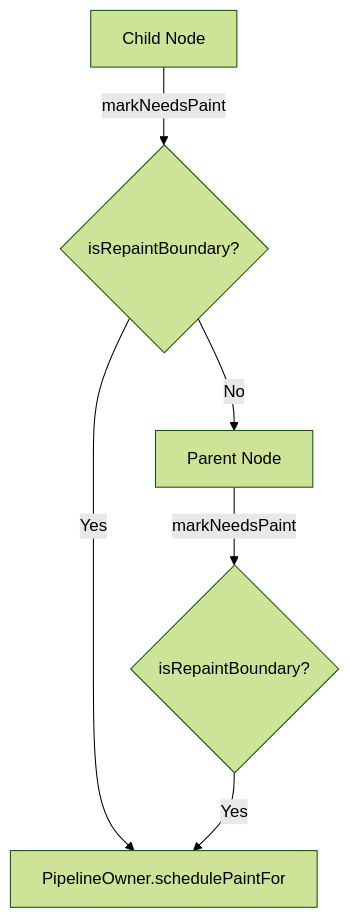
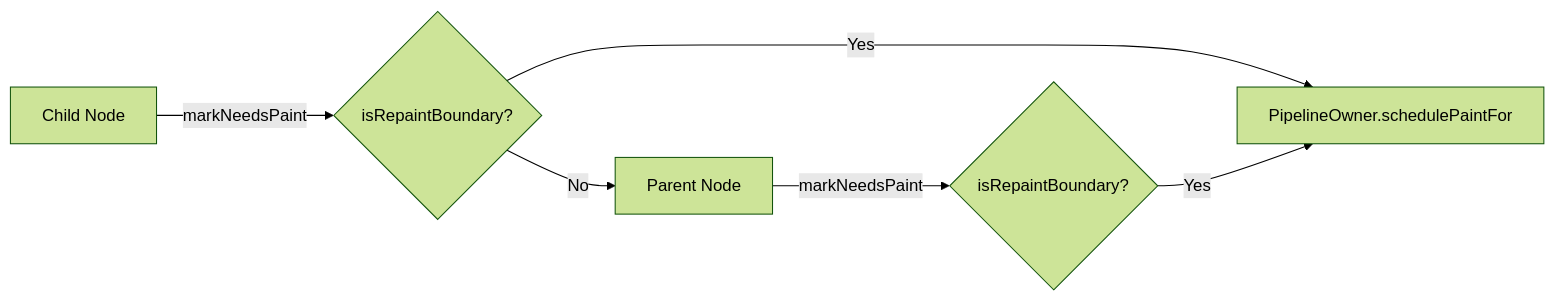
Before and after one commit to edeink/inkwell: the diagram in docs/core/update-mechanism.md, drawn with Mermaid (forest theme). The commit also changed 27 other files, not shown here.

````diff
--- a/docs/core/update-mechanism.md
+++ b/docs/core/update-mechanism.md
@@ -92,8 +92,8 @@
 ```mermaid
-graph TD
+graph LR
     A[Child Node] -- markNeedsPaint --> B{isRepaintBoundary?}
     B -- No --> C[Parent Node]
     C -- markNeedsPaint --> D{isRepaintBoundary?}
     B -- Yes --> E[PipelineOwner.schedulePaintFor]
     D -- Yes --> E
 ```
````
